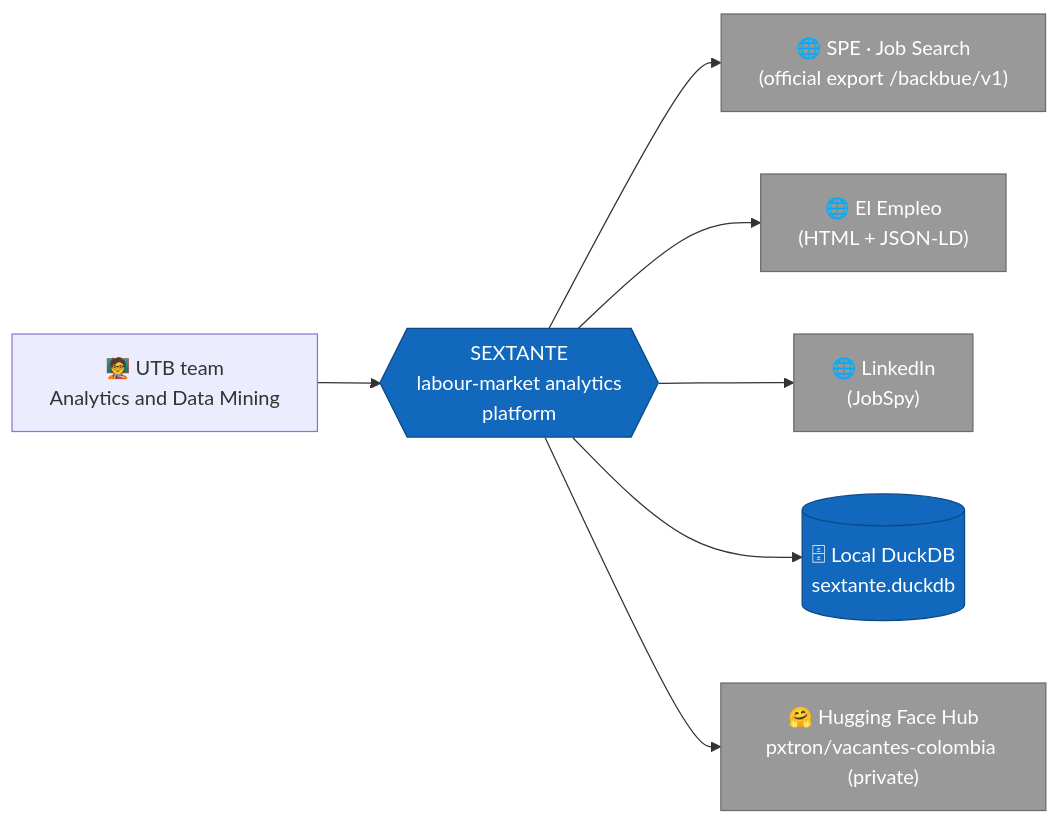
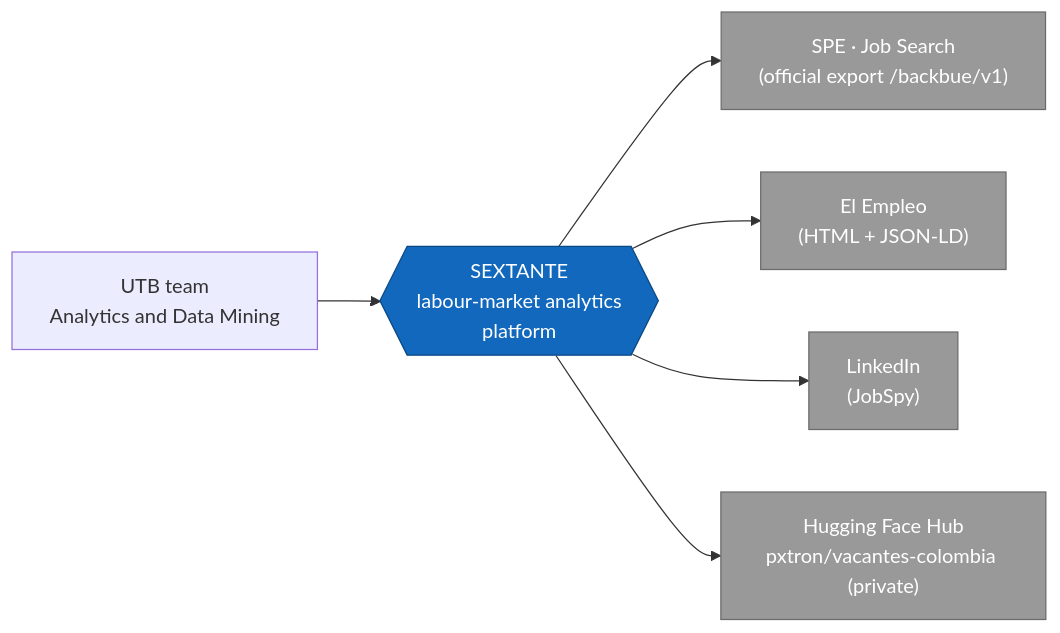
One commit to shalom-A26/SEXTANTE changed the first of 3 diagrams in README.en.md. Above: the diagram before and after it, drawn with Mermaid. The commit also changed other lines of this file and 8 other files, not shown here.

First line of the commit message:
feat: captura en GitHub Actions con Hugging Face como memoria persistente

````diff
--- a/README.en.md
+++ b/README.en.md
@@ -46,24 +46,20 @@
 ```mermaid
 flowchart LR
-    u["🧑‍🏫 UTB team<br/>Analytics and Data Mining"]
+    u["UTB team<br/>Analytics and Data Mining"]
     s{{"SEXTANTE<br/>labour-market analytics<br/>platform"}}
-    spe["🌐 SPE · Job Search<br/>(official export /backbue/v1)"]
-    ee["🌐 El Empleo<br/>(HTML + JSON-LD)"]
-    li["🌐 LinkedIn<br/>(JobSpy)"]
-    hf["🤗 Hugging Face Hub<br/>pxtron/vacantes-colombia (private)"]
-    dk[("🗄 Local DuckDB<br/>sextante.duckdb")]
+    spe["SPE · Job Search<br/>(official export /backbue/v1)"]
+    ee["El Empleo<br/>(HTML + JSON-LD)"]
+    li["LinkedIn<br/>(JobSpy)"]
+    hf["Hugging Face Hub<br/>pxtron/vacantes-colombia (private)"]
 
     u --> s
     s --> spe
     s --> ee
     s --> li
-    s --> dk
     s --> hf
 
     classDef sistema fill:#1168bd,color:#fff,stroke:#0b4884;
     classDef externo fill:#999999,color:#fff,stroke:#6b6b6b;
-    classDef almacen fill:#1168bd,color:#fff,stroke:#0b4884;
     class s sistema;
     class spe,ee,li,hf externo;
-    class dk almacen;
 ```
````
